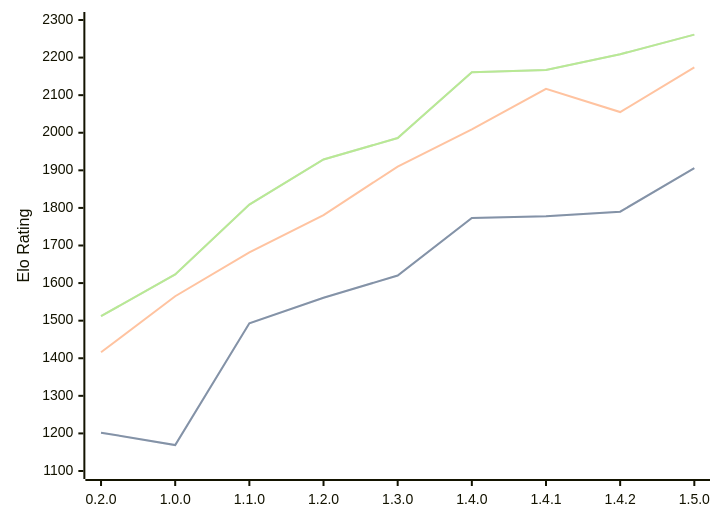
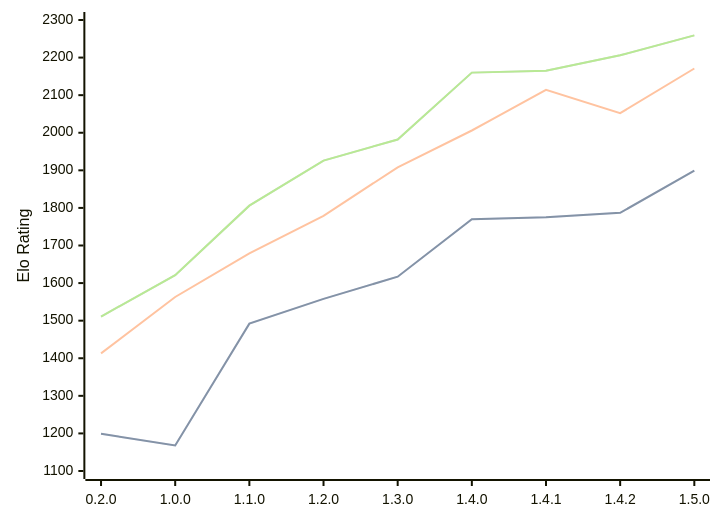
One commit to computer-chess-index/cci changed the diagram in engines/Zeppelin.md. Above: the diagram before and after it, drawn with Mermaid. The commit also changed other lines of this file, not shown here.

Commit message:
Update CCI Ratings (ELO VLTC) - 2026-06-08

````diff
--- a/engines/Zeppelin.md
+++ b/engines/Zeppelin.md
@@ -41,11 +41,11 @@
 ```mermaid
 %%{init: {"theme":"base","themeVariables":{"seriesColors:['#a3a3a3','#222221','#faa371']}}}%%
 xychart-beta
   x-axis ["0.2.0", "1.0.0", "1.1.0", "1.2.0", "1.3.0", "1.4.0", "1.4.1", "1.4.2", "1.5.0"]
   y-axis "Elo Rating" 1100 --> 2300
-  line "STC (8.0+0.08s)" [1202, 1169, 1493, 1561, 1620, 1773, 1778, 1790, 1906]
-  line "STC (8.0+0.08s)" [1202, 1169, 1493, 1561, 1620, 1773, 1778, 1790, 1906]
-  line "LTC (60.0+0.60s)" [1416, 1565, 1682, 1781, 1910, 2009, 2117, 2055, 2174]
-  line "VLTC (2m24s+1.12s)" [1512, 1623, 1809, 1929, 1986, 2161, 2167, 2209, 2261]
-  line "VLTC (2m24s+1.12s)" [1512, 1623, 1809, 1929, 1986, 2161, 2167, 2209, 2261]
+  line "STC (8.0+0.08s)" [1199, 1168, 1492, 1558, 1617, 1770, 1775, 1787, 1899]
+  line "STC (8.0+0.08s)" [1199, 1168, 1492, 1558, 1617, 1770, 1775, 1787, 1899]
+  line "LTC (60.0+0.60s)" [1413, 1563, 1679, 1779, 1908, 2006, 2114, 2052, 2171]
+  line "VLTC (2m24s+1.12s)" [1511, 1621, 1806, 1926, 1982, 2160, 2165, 2206, 2259]
+  line "VLTC (2m24s+1.12s)" [1511, 1621, 1806, 1926, 1982, 2160, 2165, 2206, 2259]
 ```
````
